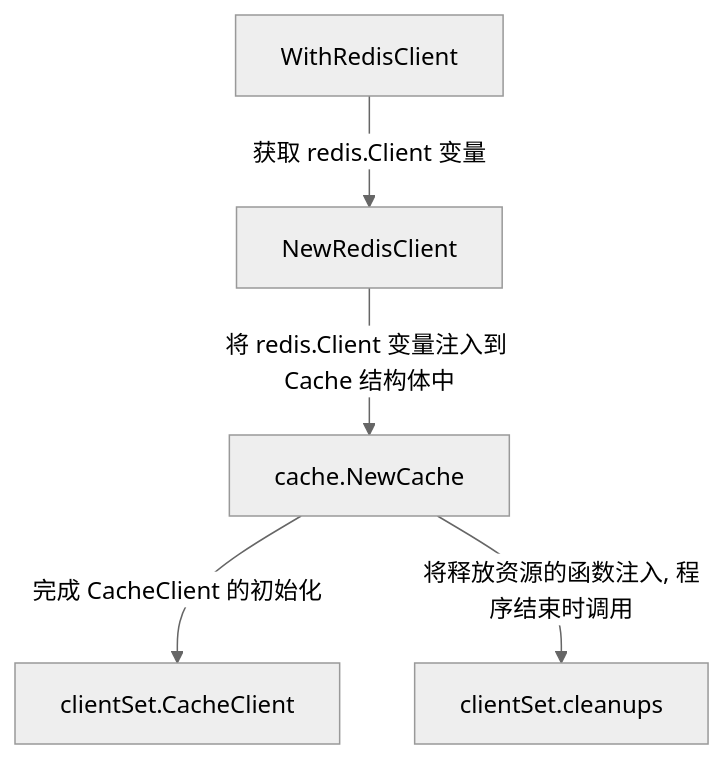
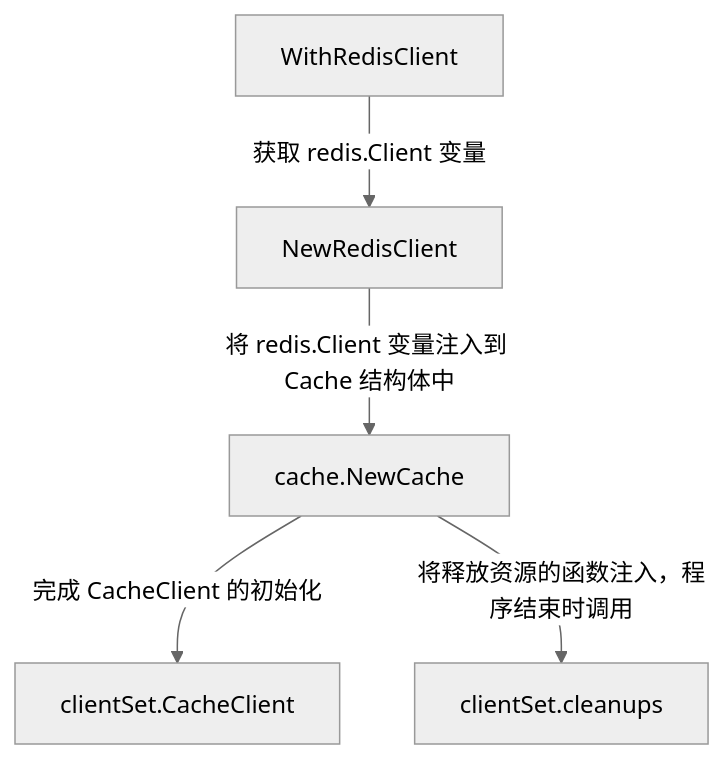
The third of 7 diagrams in docs/develop.md (west2-online/fzuhelper-server), drawn with Mermaid (neutral theme) before and after one commit. The commit also changed other lines of this file and 2 other files, not shown here.

````diff
--- a/docs/develop.md
+++ b/docs/develop.md
@@ -211,7 +211,7 @@
 ```mermaid
 graph TD
     A[WithRedisClient] -- 获取 redis.Client 变量 --> B[NewRedisClient]
     B -- 将 redis.Client 变量注入到 Cache 结构体中 --> C[cache.NewCache]
     C -- 完成 CacheClient 的初始化 --> D[clientSet.CacheClient]
-    C -- 将释放资源的函数注入, 程序结束时调用 --> E[clientSet.cleanups]
+    C -- 将释放资源的函数注入，程序结束时调用 --> E[clientSet.cleanups]
 ```
````
